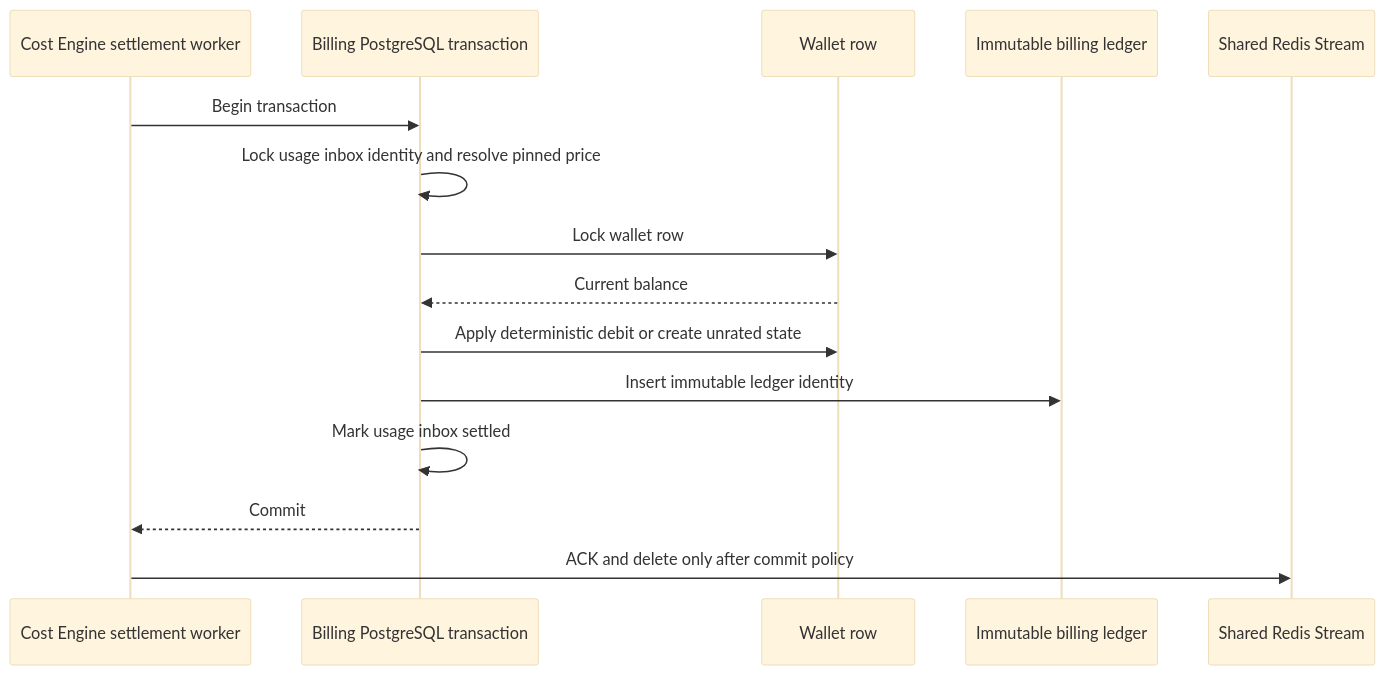
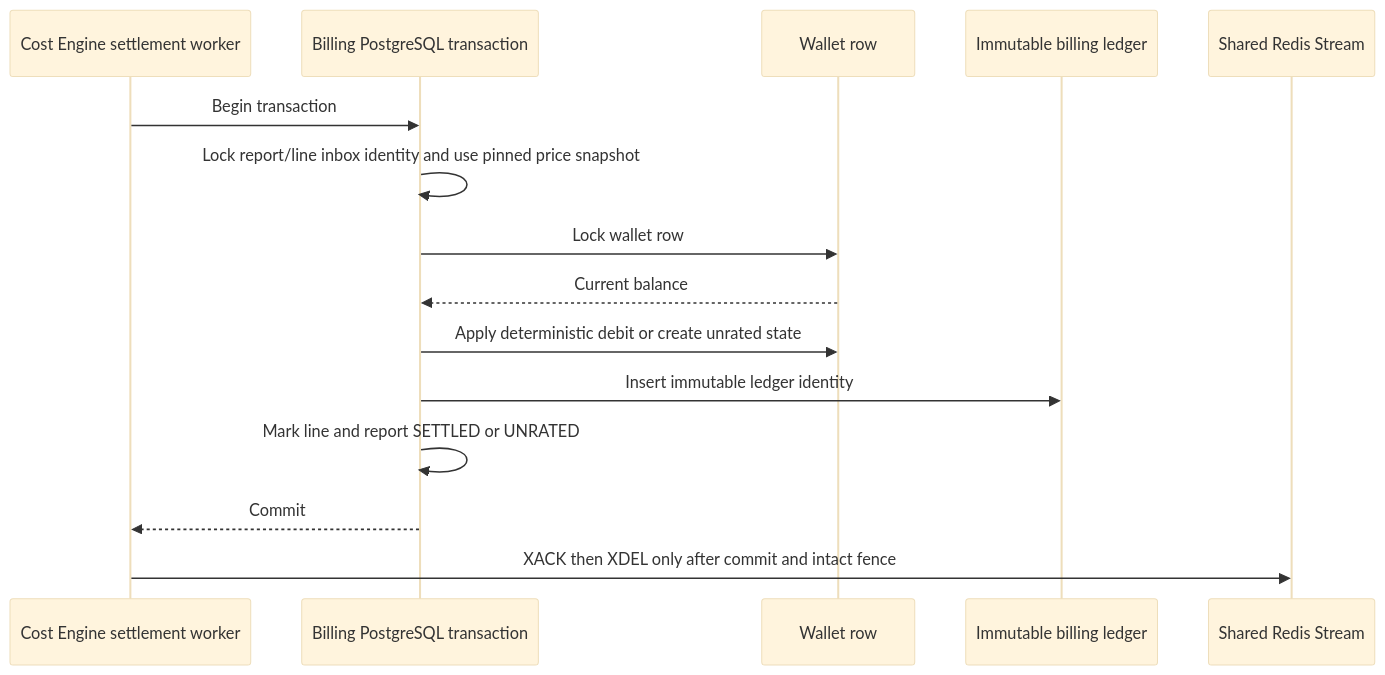
Before and after one commit to phucle996/aurora: the third of 3 diagrams in god_view/billing/billing_storage_usage_settlement_god_view_workflow.md, drawn with Mermaid (base theme). The commit also changed other lines of this file and 8 other files, not shown here.

Commit message:
feat: add opt-in storage usage report settlement

````diff
--- a/god_view/billing/billing_storage_usage_settlement_god_view_workflow.md
+++ b/god_view/billing/billing_storage_usage_settlement_god_view_workflow.md
@@ -97,18 +103,18 @@
 ```mermaid
 sequenceDiagram
     participant E as Cost Engine settlement worker
     participant P as Billing PostgreSQL transaction
     participant W as Wallet row
     participant L as Immutable billing ledger
     participant R as Shared Redis Stream
 
     E->>P: Begin transaction
-    P->>P: Lock usage inbox identity and resolve pinned price
+    P->>P: Lock report/line inbox identity and use pinned price snapshot
     P->>W: Lock wallet row
     W-->>P: Current balance
     P->>W: Apply deterministic debit or create unrated state
     P->>L: Insert immutable ledger identity
-    P->>P: Mark usage inbox settled
+    P->>P: Mark line and report SETTLED or UNRATED
     P-->>E: Commit
-    E->>R: ACK and delete only after commit policy
+    E->>R: XACK then XDEL only after commit and intact fence
 ```
````
